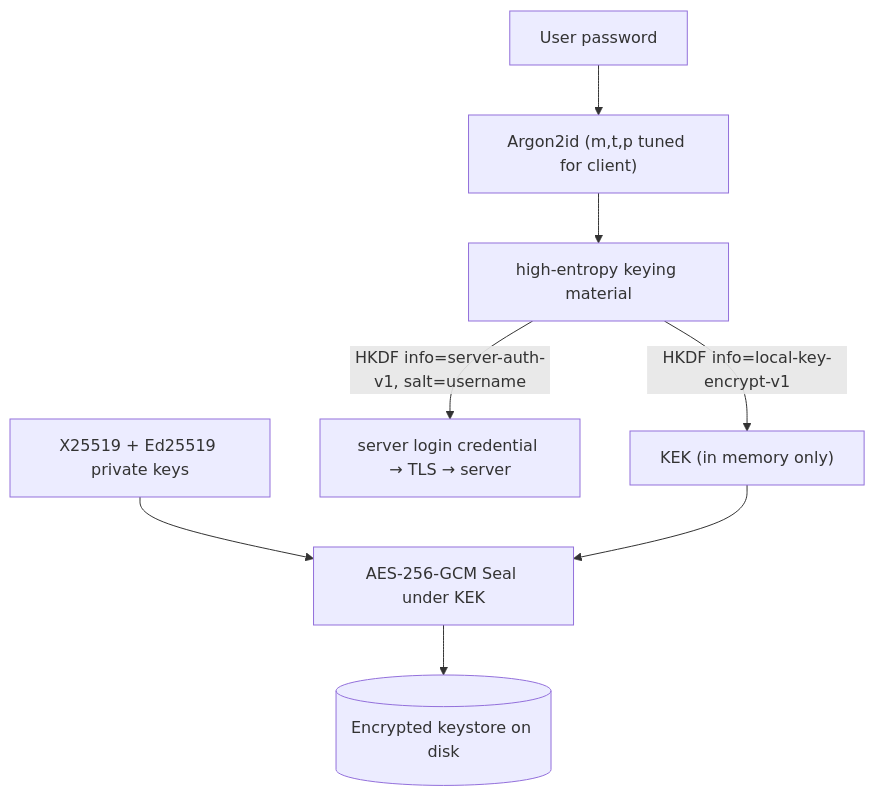
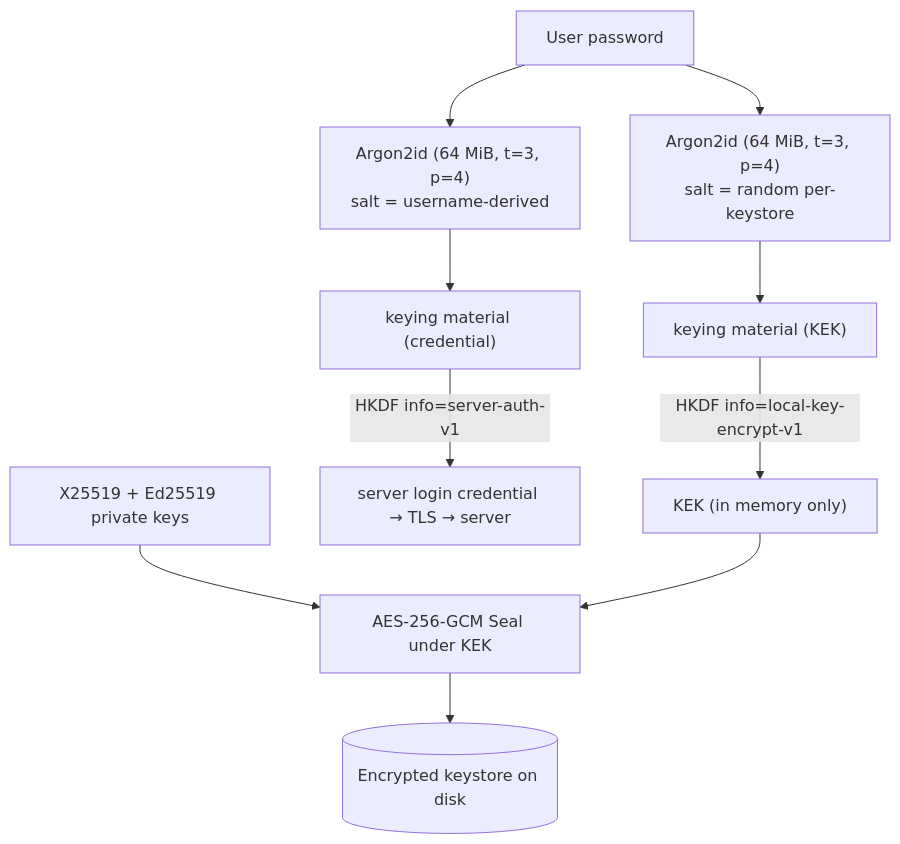
The fifth of 5 diagrams in CRYPTO-DESIGN.md (harrykikkers/cs4455-epic), drawn with Mermaid before and after one commit. The commit also changed other lines of this file, not shown here.

Commit message:
docs(CRYPTO): update about argon params

````diff
--- a/CRYPTO-DESIGN.md
+++ b/CRYPTO-DESIGN.md
@@ -247,10 +252,12 @@
 ```mermaid
 flowchart TD
-    P["User password"] --> AR["Argon2id (m,t,p tuned for client)"]
-    AR --> M["high-entropy keying material"]
-    M -->|HKDF info=local-key-encrypt-v1| KEK["KEK (in memory only)"]
-    M -->|HKDF info=server-auth-v1, salt=username| CRED["server login credential → TLS → server"]
+    P["User password"] --> ARK["Argon2id (64 MiB, t=3, p=4)<br/>salt = random per-keystore"]
+    P --> ARC["Argon2id (64 MiB, t=3, p=4)<br/>salt = username-derived"]
+    ARK --> MK["keying material (KEK)"]
+    ARC --> MC["keying material (credential)"]
+    MK -->|HKDF info=local-key-encrypt-v1| KEK["KEK (in memory only)"]
+    MC -->|HKDF info=server-auth-v1| CRED["server login credential → TLS → server"]
     SK["X25519 + Ed25519 private keys"] --> WRAP["AES-256-GCM Seal under KEK"]
     KEK --> WRAP
     WRAP --> DISK[("Encrypted keystore on disk")]
 ```
````
